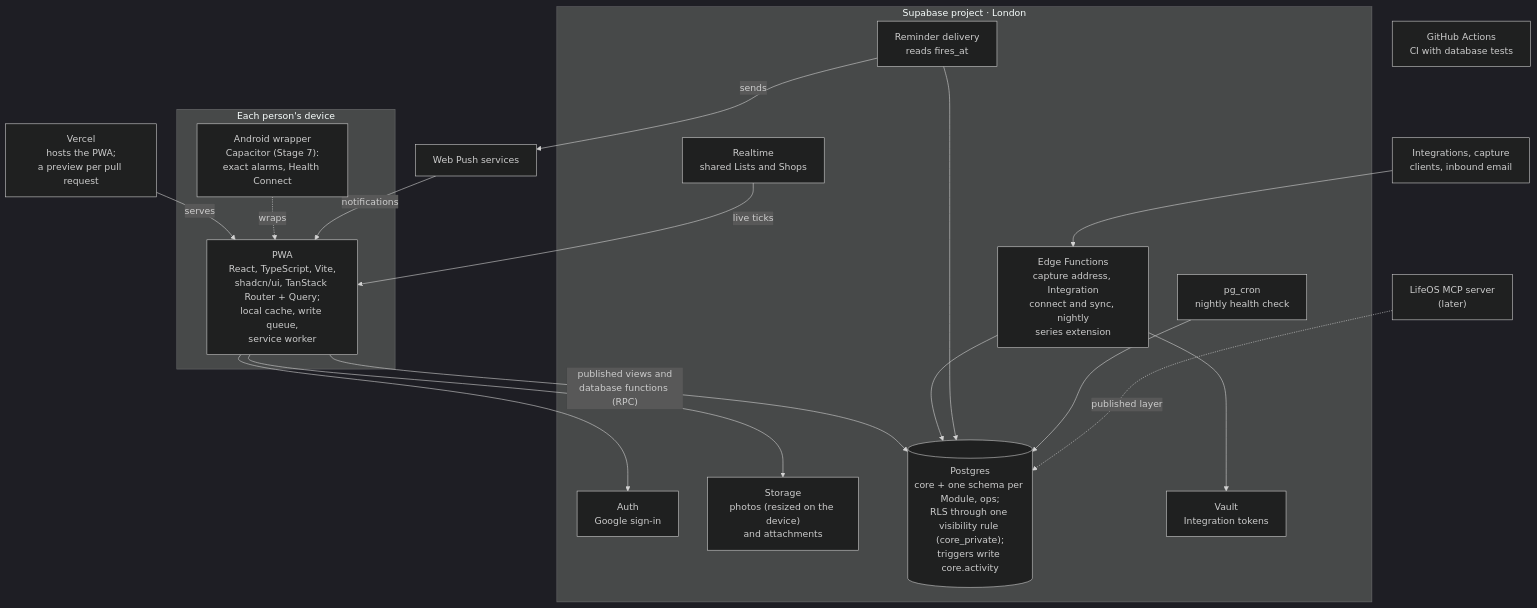
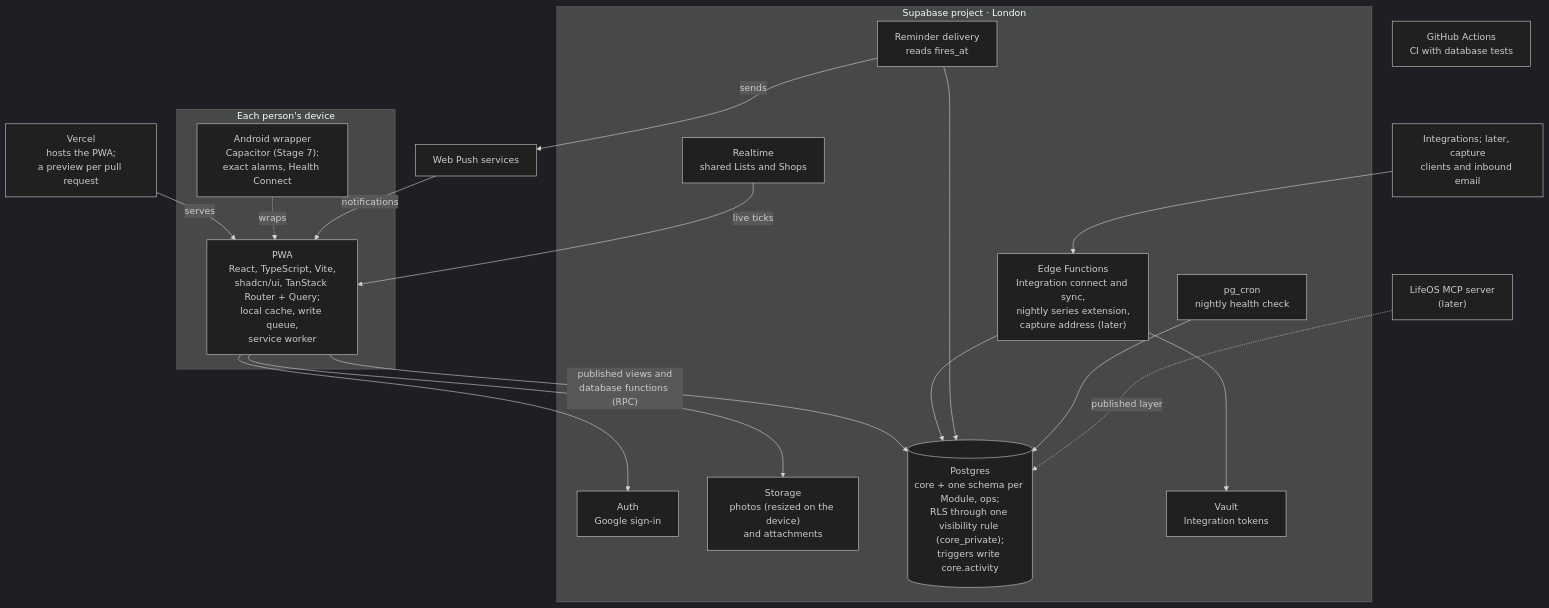
The second of 2 diagrams in docs/20-architecture/overview.md (joestables/lifeos), drawn with Mermaid (dark theme) before and after one commit. The commit also changed other lines of this file and 29 other files, not shown here.

````diff
--- a/docs/20-architecture/overview.md
+++ b/docs/20-architecture/overview.md
@@ -42,40 +42,40 @@
 ```mermaid
 flowchart TB
   vercel["Vercel<br/>hosts the PWA;<br/>a preview per pull request"]
   pushsvc["Web Push services"]
 
   subgraph device["Each person's device"]
     pwa["PWA<br/>React, TypeScript, Vite,<br/>shadcn/ui, TanStack Router + Query;<br/>local cache, write queue,<br/>service worker"]
     android["Android wrapper<br/>Capacitor (Stage 7):<br/>exact alarms, Health Connect"]
   end
 
   subgraph supabase["Supabase project · London"]
     auth["Auth<br/>Google sign-in"]
     storage["Storage<br/>photos (resized on the device)<br/>and attachments"]
     realtime["Realtime<br/>shared Lists and Shops"]
     db[("Postgres<br/>core + one schema per Module, ops;<br/>RLS through one visibility rule (core_private);<br/>triggers write core.activity")]
-    edge["Edge Functions<br/>capture address, Integration<br/>connect and sync, nightly<br/>series extension"]
+    edge["Edge Functions<br/>Integration connect and sync,<br/>nightly series extension,<br/>capture address (later)"]
     reminders["Reminder delivery<br/>reads fires_at"]
     cron["pg_cron<br/>nightly health check"]
     vault["Vault<br/>Integration tokens"]
   end
 
-  outside["Integrations, capture<br/>clients, inbound email"]
+  outside["Integrations; later, capture<br/>clients and inbound email"]
   mcp["LifeOS MCP server<br/>(later)"]
   gha["GitHub Actions<br/>CI with database tests"]
 
   vercel -- "serves" --> pwa
   android -. "wraps" .-> pwa
   pushsvc -- "notifications" --> pwa
   pwa --> auth
   pwa --> storage
   realtime -- "live ticks" --> pwa
   pwa -- "published views and<br/>database functions (RPC)" --> db
   edge --> db
   edge --> vault
   reminders --> db
   reminders -- "sends" --> pushsvc
   cron --> db
   outside --> edge
   mcp -. "published layer" .-> db
 ```
````
